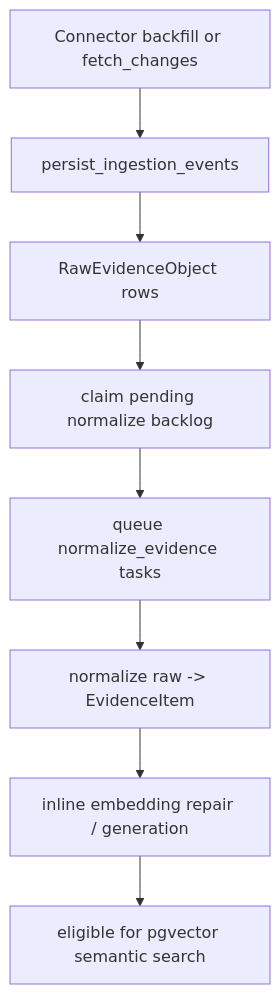
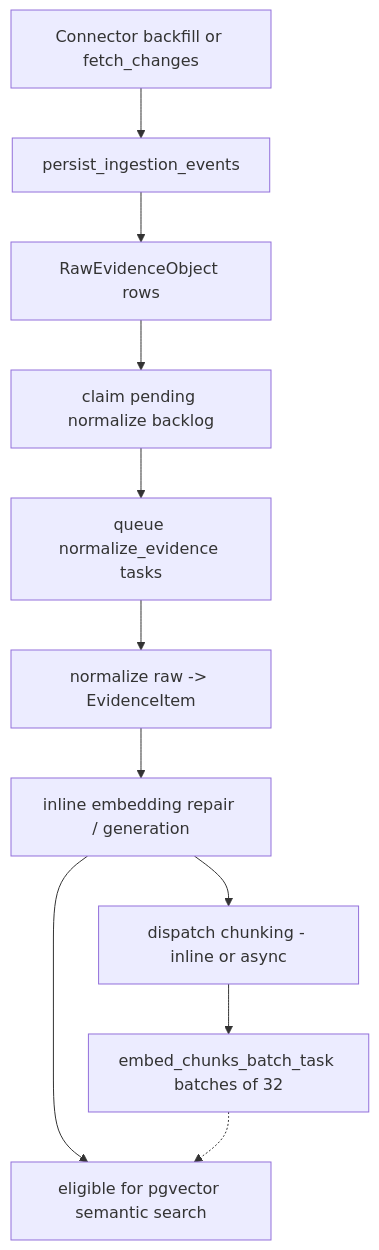
The third of 3 diagrams in docs/TECHNICAL_BLUEPRINT.md (Valuedx/ContextEdge), drawn with Mermaid before and after one commit. The commit also changed other lines of this file and 10 other files, not shown here.

````diff
--- a/docs/TECHNICAL_BLUEPRINT.md
+++ b/docs/TECHNICAL_BLUEPRINT.md
@@ -145,10 +145,13 @@
 ```mermaid
 flowchart TD
   A[Connector backfill or fetch_changes] --> B[persist_ingestion_events]
   B --> C[RawEvidenceObject rows]
   C --> D[claim pending normalize backlog]
   D --> E[queue normalize_evidence tasks]
   E --> F[normalize raw -> EvidenceItem]
   F --> G[inline embedding repair / generation]
+  G --> CH[dispatch chunking - inline or async]
+  CH --> CHE[embed_chunks_batch_task batches of 32]
   G --> H[eligible for pgvector semantic search]
+  CHE -.-> H
 ```
````
